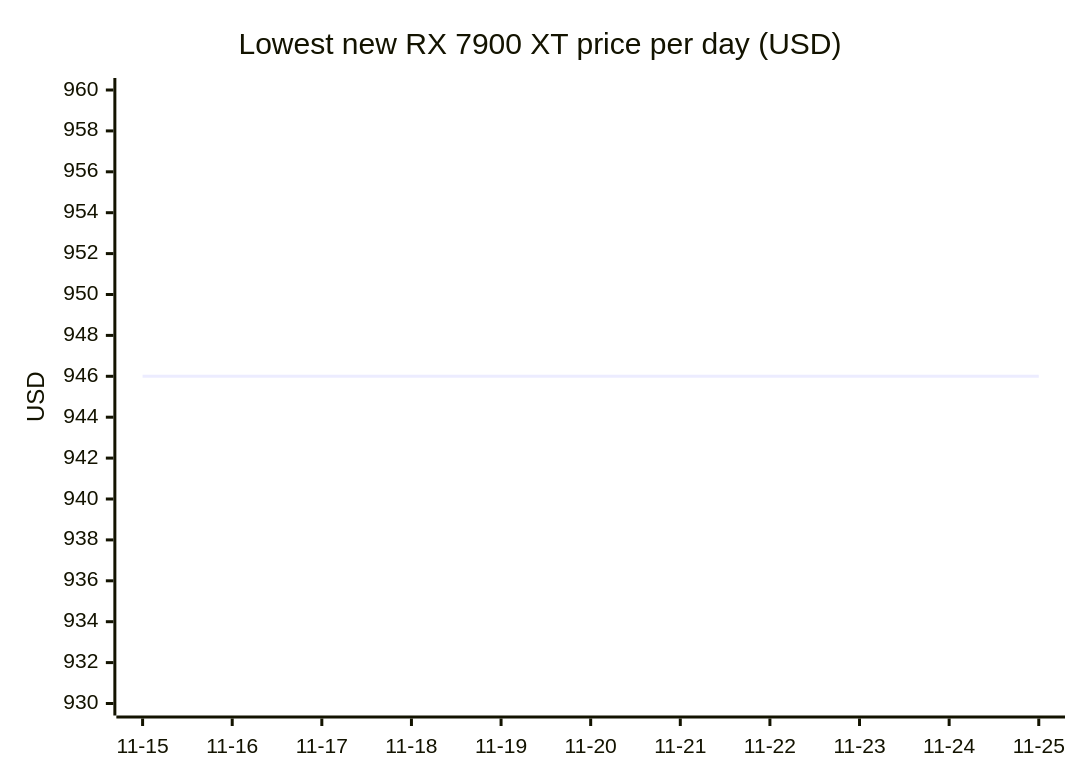
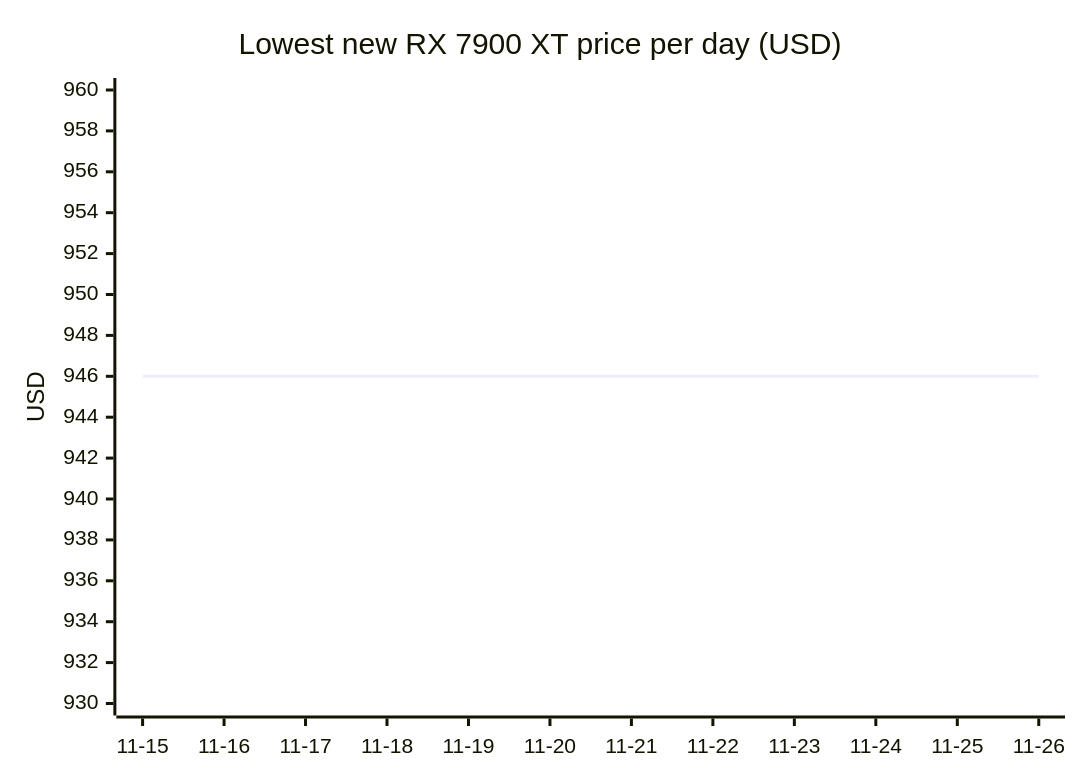
Diagram 14 of 18 in README.md (7324136828/4tb_ssd_price_watch), drawn with Mermaid before and after one commit. The commit also changed other lines of this file, not shown here.

````diff
--- a/README.md
+++ b/README.md
@@ -1285,7 +1323,7 @@
 ```mermaid
 xychart-beta
     title "Lowest new RX 7900 XT price per day (USD)"
-    x-axis ["11-15", "11-16", "11-17", "11-18", "11-19", "11-20", "11-21", "11-22", "11-23", "11-24", "11-25"]
+    x-axis ["11-15", "11-16", "11-17", "11-18", "11-19", "11-20", "11-21", "11-22", "11-23", "11-24", "11-25", "11-26"]
     y-axis "USD" 930 --> 960
-    line [946.00, 946.00, 946.00, 946.00, 946.00, 946.00, 946.00, 946.00, 946.00, 946.00, 946.00]
+    line [946.00, 946.00, 946.00, 946.00, 946.00, 946.00, 946.00, 946.00, 946.00, 946.00, 946.00, 946.00]
 ```
````
